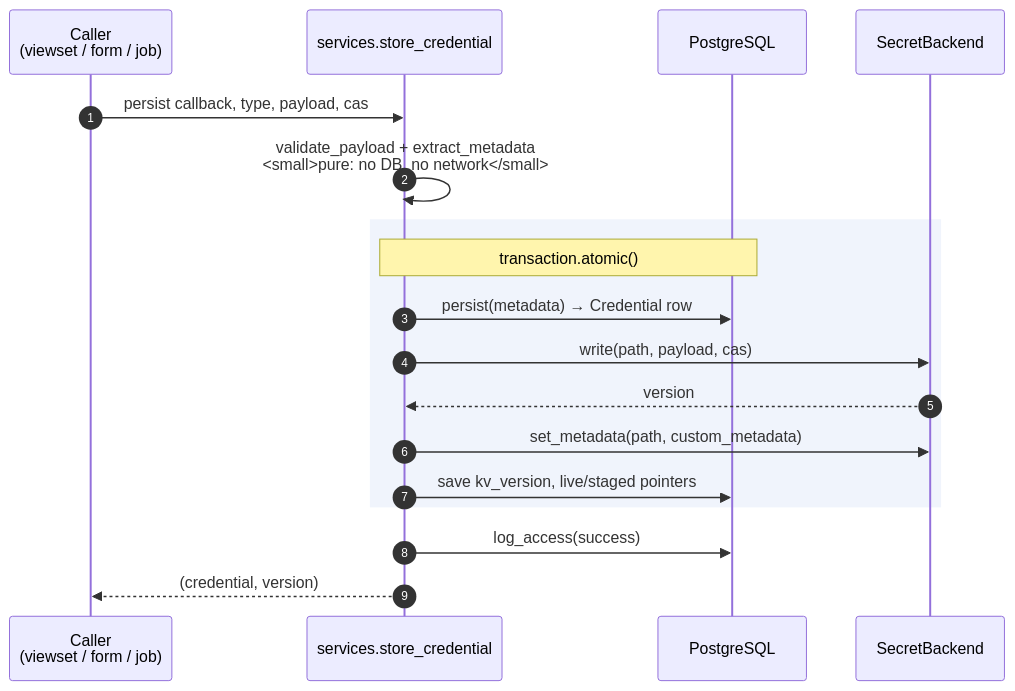
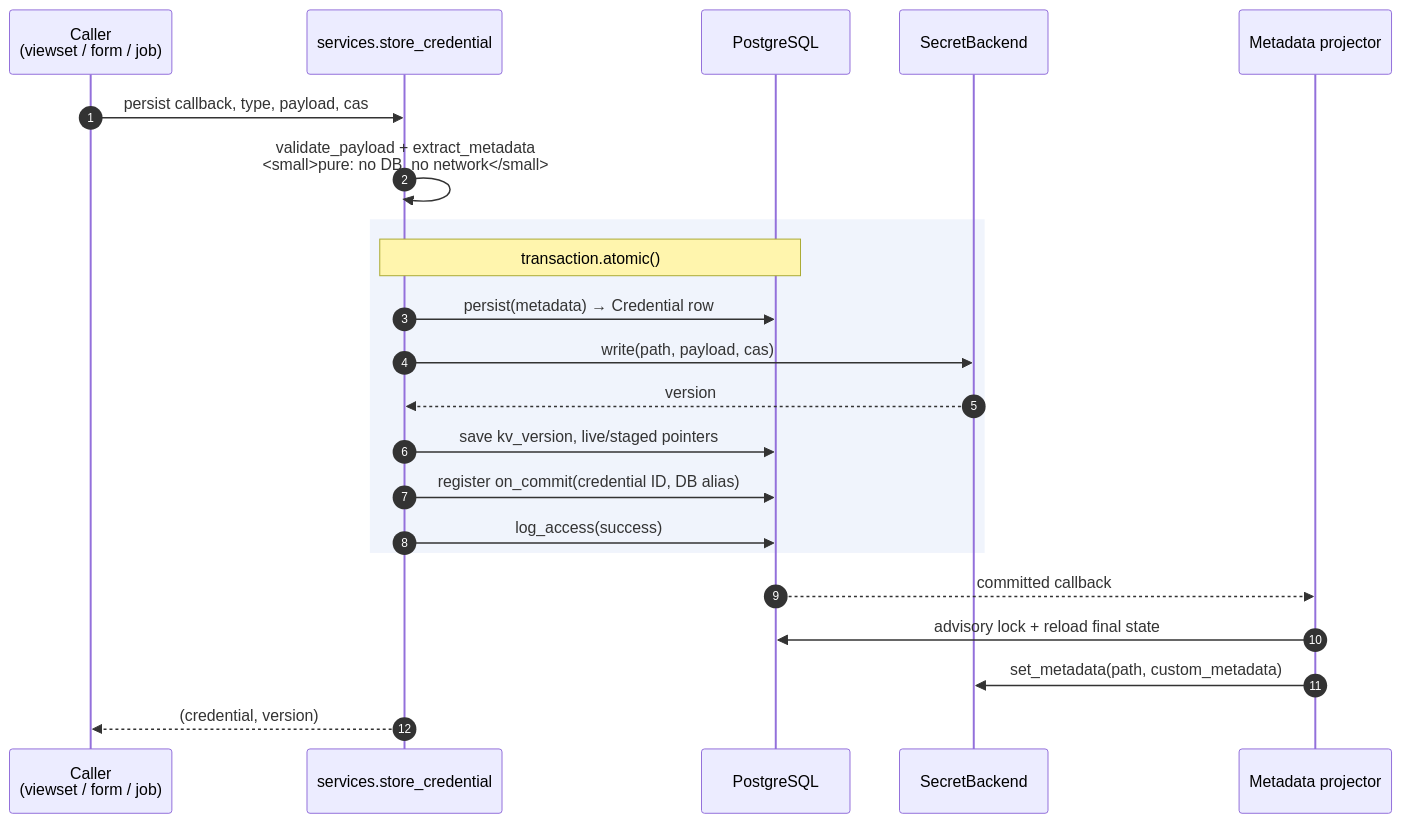
One commit to emersonfelipesp/netbox-openbao changed the diagram in docs/architecture/write-path.md. Above: the diagram before and after it, drawn with Mermaid. The commit also changed other lines of this file and 19 other files, not shown here.

````diff
--- a/docs/architecture/write-path.md
+++ b/docs/architecture/write-path.md
@@ -26,21 +26,25 @@
 ```mermaid
 sequenceDiagram
     autonumber
     participant C as Caller<br/>(viewset / form / job)
     participant S as services.store_credential
     participant DB as PostgreSQL
     participant B as SecretBackend
+    participant P as Metadata projector
 
     C->>S: persist callback, type, payload, cas
     S->>S: validate_payload + extract_metadata<br/><small>pure: no DB, no network</small>
     rect rgb(240, 244, 252)
         note over S,DB: transaction.atomic()
         S->>DB: persist(metadata) → Credential row
         S->>B: write(path, payload, cas)
         B-->>S: version
-        S->>B: set_metadata(path, custom_metadata)
         S->>DB: save kv_version, live/staged pointers
+        S->>DB: register on_commit(credential ID, DB alias)
+        S->>DB: log_access(success)
     end
-    S->>DB: log_access(success)
+    DB-->>P: committed callback
+    P->>DB: advisory lock + reload final state
+    P->>B: set_metadata(path, custom_metadata)
     S-->>C: (credential, version)
 ```
````
